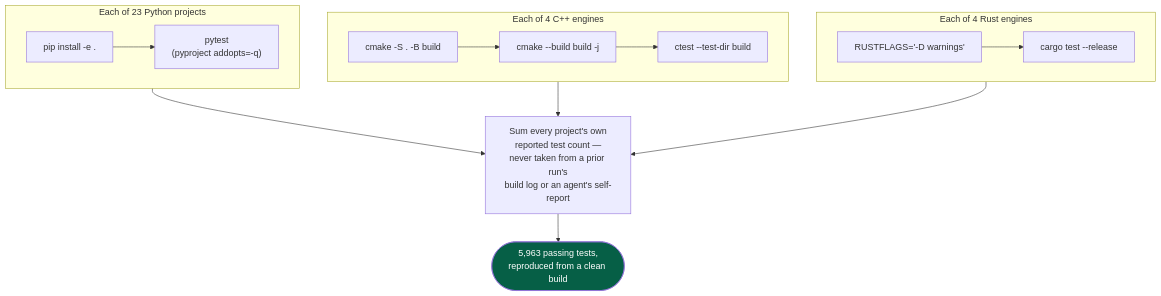
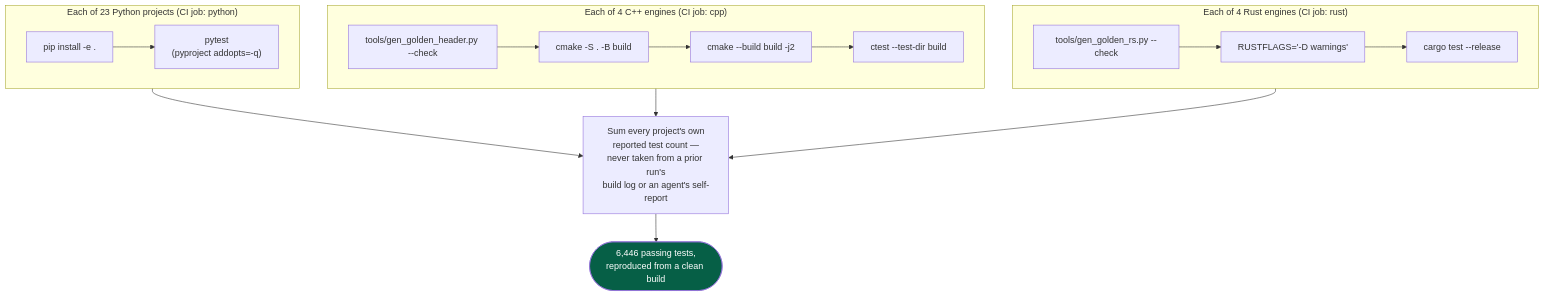
One commit to AshJha0/quant-portfolio changed diagram 12 of 13 in docs/DIAGRAMS.md. Above: the diagram before and after it, drawn with Mermaid. The commit also changed other lines of this file and 87 other files, not shown here.

````diff
--- a/docs/DIAGRAMS.md
+++ b/docs/DIAGRAMS.md
@@ -322,19 +328,19 @@
 ```mermaid
 flowchart TD
-    subgraph PYCHECK["Each of 23 Python projects"]
+    subgraph PYCHECK["Each of 23 Python projects (CI job: python)"]
         P1["pip install -e ."] --> P2["pytest<br/>(pyproject addopts=-q)"]
     end
-    subgraph CPPCHECK["Each of 4 C++ engines"]
-        C1["cmake -S . -B build"] --> C2["cmake --build build -j"] --> C3["ctest --test-dir build"]
+    subgraph CPPCHECK["Each of 4 C++ engines (CI job: cpp)"]
+        C0["tools/gen_golden_header.py --check"] --> C1["cmake -S . -B build"] --> C2["cmake --build build -j2"] --> C3["ctest --test-dir build"]
     end
-    subgraph RUSTCHECK["Each of 4 Rust engines"]
-        R1["RUSTFLAGS='-D warnings'"] --> R2["cargo test --release"]
+    subgraph RUSTCHECK["Each of 4 Rust engines (CI job: rust)"]
+        R0["tools/gen_golden_rs.py --check"] --> R1["RUSTFLAGS='-D warnings'"] --> R2["cargo test --release"]
     end
 
     PYCHECK --> SUM["Sum every project's own<br/>reported test count —<br/>never taken from a prior run's<br/>build log or an agent's self-report"]
     CPPCHECK --> SUM
     RUSTCHECK --> SUM
-    SUM --> TOTAL(["5,963 passing tests,<br/>reproduced from a clean build"])
+    SUM --> TOTAL(["6,446 passing tests,<br/>reproduced from a clean build"])
 
     style TOTAL fill:#065f46,color:#fff
 ```
````
